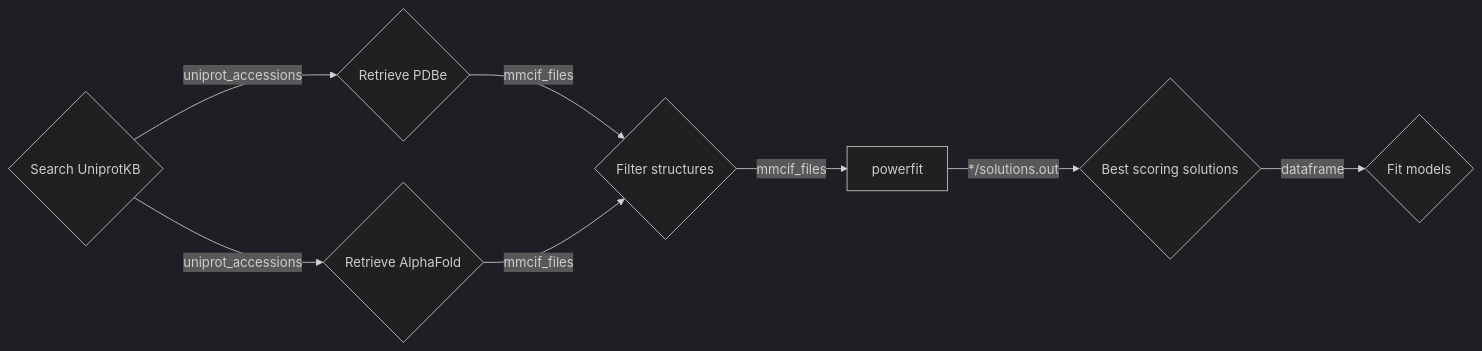
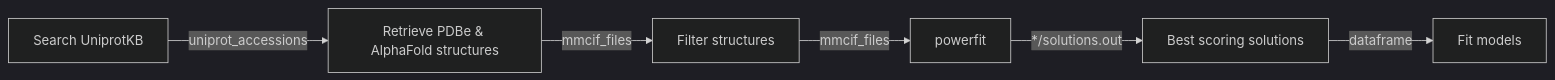
One commit to haddocking/protein-detective changed the diagram in README.md. Above: the diagram before and after it, drawn with Mermaid (dark theme). The commit also changed other lines of this file and 6 other files, not shown here.

````diff
--- a/README.md
+++ b/README.md
@@ -18,10 +18,8 @@
 ```mermaid
 graph LR;
-    search{Search UniprotKB} --> |uniprot_accessions|fetchpdbe{Retrieve PDBe}
-    search{Search UniprotKB} --> |uniprot_accessions|fetchad{Retrieve AlphaFold}
-    fetchpdbe -->|mmcif_files| filter{Filter structures}
-    fetchad -->|mmcif_files| filter
+    search[Search UniprotKB] --> |uniprot_accessions|retrieve[Retrieve PDBe & AlphaFold structures]
+    retrieve -->|mmcif_files| filter[Filter structures]
     filter -->|mmcif_files| powerfit
-    powerfit -->|*/solutions.out| solutions{Best scoring solutions}
-    solutions -->|dataframe| fitmodels{Fit models}
+    powerfit -->|*/solutions.out| solutions[Best scoring solutions]
+    solutions -->|dataframe| fitmodels[Fit models]
 ```
````
